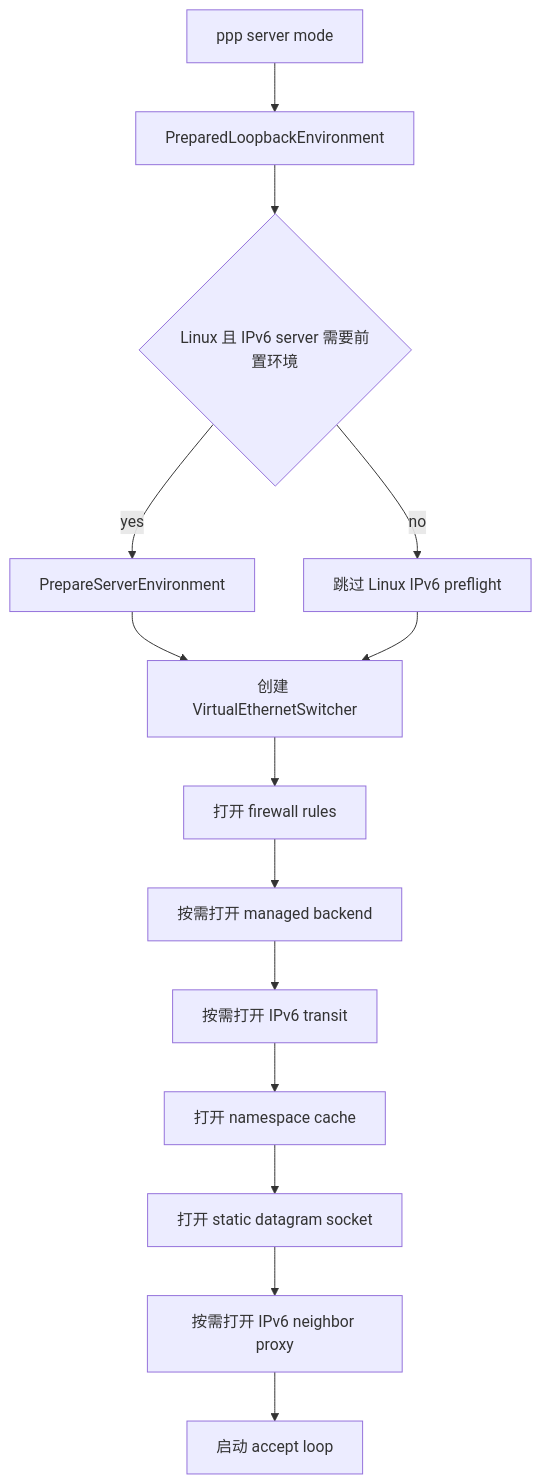
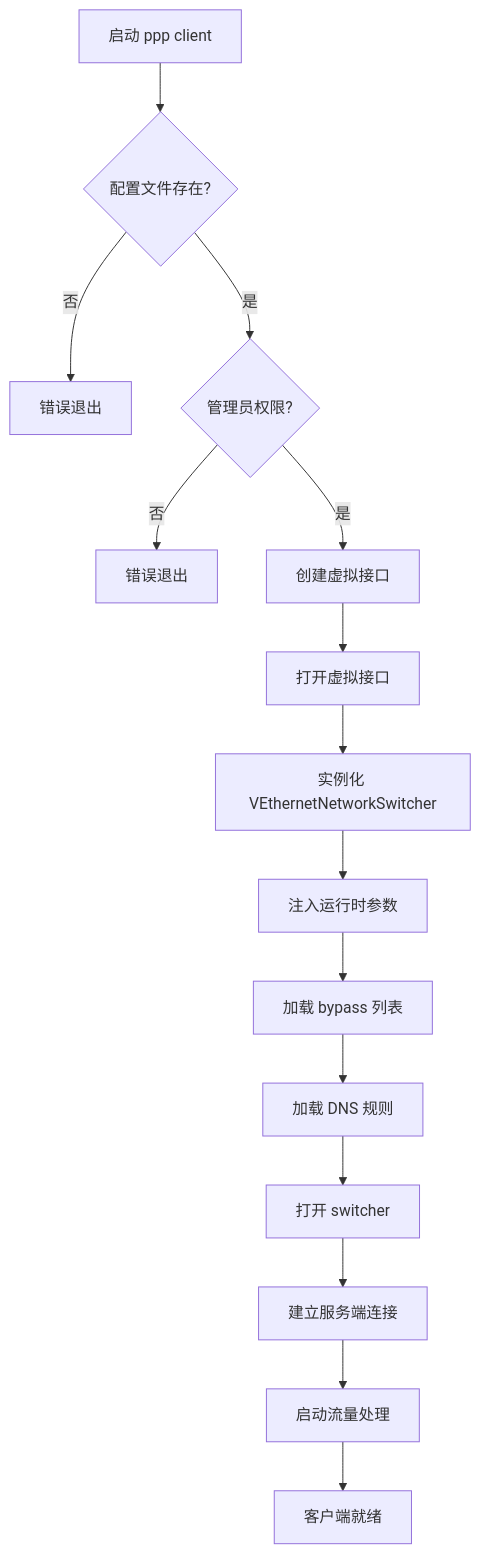
One commit to HyacinthHaru/openppp2 changed the fourth of 14 diagrams in docs/DEPLOYMENT_CN.md. Above: the diagram before and after it, drawn with Mermaid. The commit also changed other lines of this file and 31 other files, not shown here.

````diff
--- a/docs/DEPLOYMENT_CN.md
+++ b/docs/DEPLOYMENT_CN.md
@@ -263,16 +799,17 @@
 ```mermaid
 flowchart TD
-    A[ppp server mode] --> B[PreparedLoopbackEnvironment]
-    B --> C{Linux 且 IPv6 server 需要前置环境}
-    C -->|yes| D[PrepareServerEnvironment]
-    C -->|no| E[跳过 Linux IPv6 preflight]
-    D --> F[创建 VirtualEthernetSwitcher]
-    E --> F
-    F --> G[打开 firewall rules]
-    G --> H[按需打开 managed backend]
-    H --> I[按需打开 IPv6 transit]
-    I --> J[打开 namespace cache]
-    J --> K[打开 static datagram socket]
-    K --> L[按需打开 IPv6 neighbor proxy]
-    L --> M[启动 accept loop]
+    A[启动 ppp client] --> B{配置文件存在?}
+    B -->|否| C[错误退出]
+    B -->|是| D{管理员权限?}
+    D -->|否| E[错误退出]
+    D -->|是| F[创建虚拟接口]
+    F --> G[打开虚拟接口]
+    G --> H[实例化 VEthernetNetworkSwitcher]
+    H --> I[注入运行时参数]
+    I --> J[加载 bypass 列表]
+    J --> K[加载 DNS 规则]
+    K --> L[打开 switcher]
+    L --> M[建立服务端连接]
+    M --> N[启动流量处理]
+    N --> O[客户端就绪]
 ```
````
